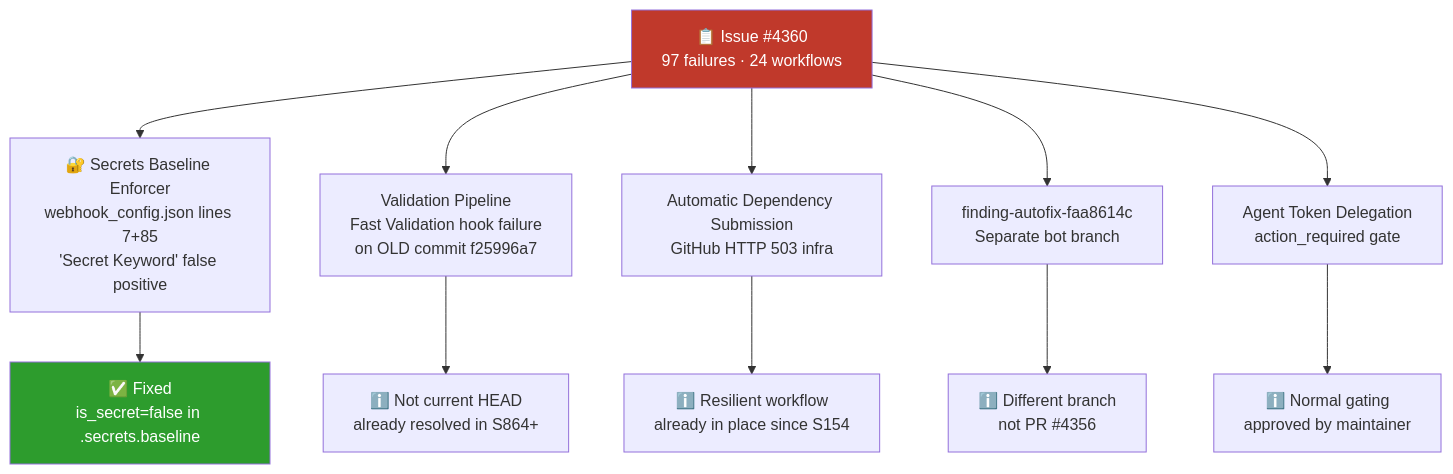
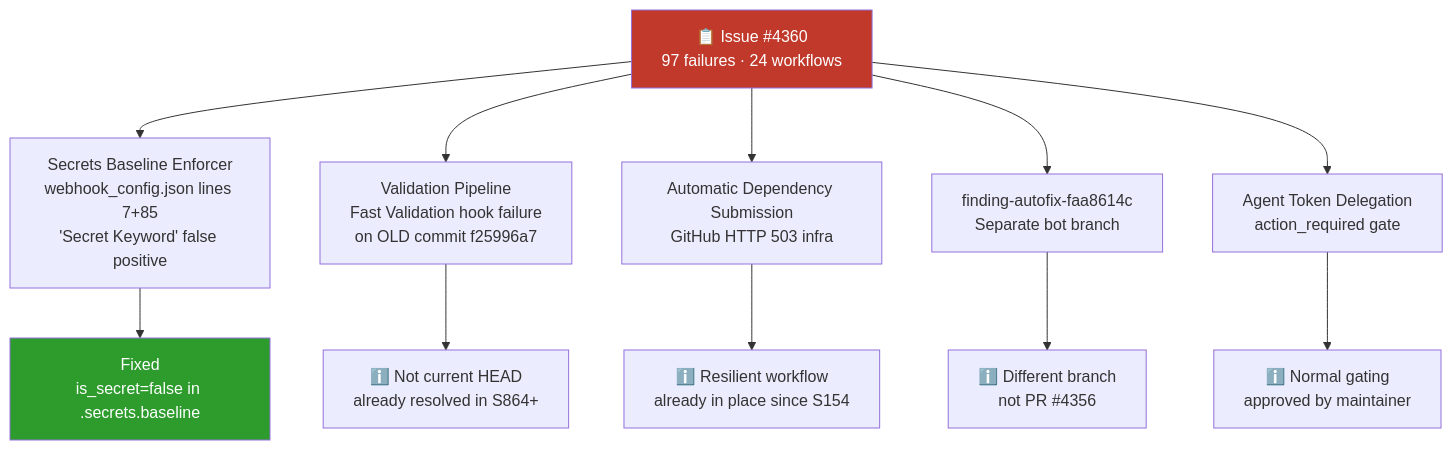
Before and after one commit to Aries-Serpent/_codex_: the seventh of 9 diagrams in docs/plans/PR4356_session_diagram.md, drawn with Mermaid. The commit also changed other lines of this file and 2029 other files, not shown here.

````diff
--- a/docs/plans/PR4356_session_diagram.md
+++ b/docs/plans/PR4356_session_diagram.md
@@ -290,36 +292,36 @@
 ```mermaid
 %%{init: {'accessibility': {'title': 'Flowchart showing "📋 Issue #4360
-97 failures · 24 workflows", "🔐 Secrets Baseline Enforcer
+97 failures · 24 workflows", " Secrets Baseline Enforcer
 webhook_config.json lines 7+85
 'Secret Keyword' false positive"'}}%%
 graph TD
     I4360["📋 Issue #4360
 97 failures · 24 workflows"]
 
-    I4360 --> P1["🔐 Secrets Baseline Enforcer
+    I4360 --> P1[" Secrets Baseline Enforcer
 webhook_config.json lines 7+85
 'Secret Keyword' false positive"]
     I4360 --> P2["Validation Pipeline
 Fast Validation hook failure
 on OLD commit f25996a7"]
     I4360 --> P3["Automatic Dependency Submission
 GitHub HTTP 503 infra"]
     I4360 --> P4["finding-autofix-faa8614c
 Separate bot branch"]
     I4360 --> P5["Agent Token Delegation
 action_required gate"]
 
-    P1 --> FIX1["✅ Fixed
+    P1 --> FIX1[" Fixed
 is_secret=false in .secrets.baseline"]
     P2 --> INFO1["ℹ️ Not current HEAD
 already resolved in S864+"]
     P3 --> INFO2["ℹ️ Resilient workflow
 already in place since S154"]
     P4 --> INFO3["ℹ️ Different branch
 not PR #4356"]
     P5 --> INFO4["ℹ️ Normal gating
 approved by maintainer"]
 
     style FIX1 fill:#2d9c2d,color:#fff
     style I4360 fill:#c0392b,color:#fff
 ```
````
